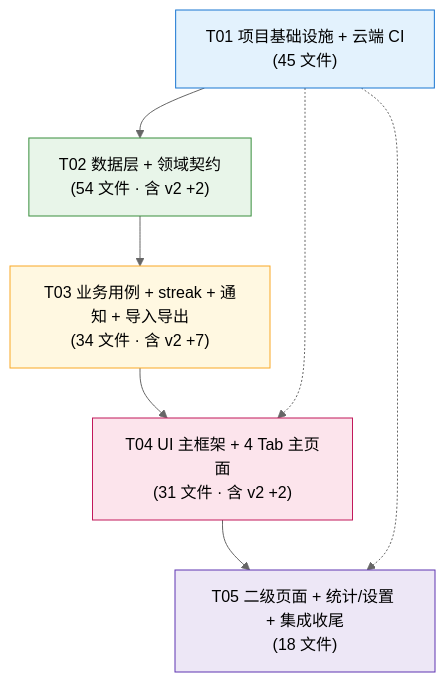
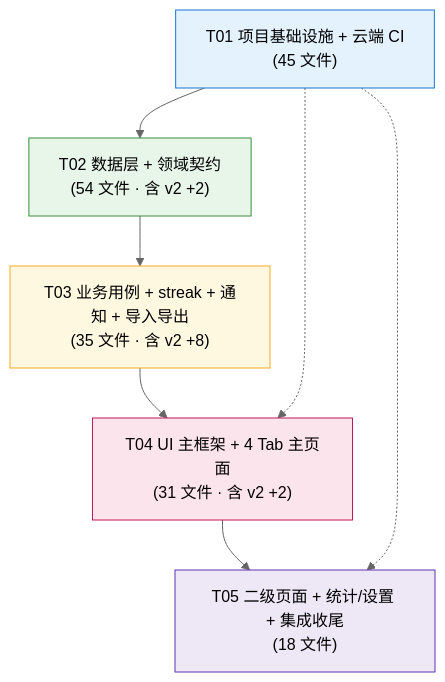
One commit to science-ken/IronHabit changed the sixth of 6 diagrams in docs/ARCHITECTURE.md. Above: the diagram before and after it, drawn with Mermaid (neutral theme). The commit also changed other lines of this file and 2 other files, not shown here.

````diff
--- a/docs/ARCHITECTURE.md
+++ b/docs/ARCHITECTURE.md
@@ -1490,14 +1540,14 @@
 ```mermaid
 graph TD
     T01["T01 项目基础设施 + 云端 CI<br/>(45 文件)"] --> T02["T02 数据层 + 领域契约<br/>(54 文件 · 含 v2 +2)"]
-    T02 --> T03["T03 业务用例 + streak + 通知 + 导入导出<br/>(34 文件 · 含 v2 +7)"]
+    T02 --> T03["T03 业务用例 + streak + 通知 + 导入导出<br/>(35 文件 · 含 v2 +8)"]
     T03 --> T04["T04 UI 主框架 + 4 Tab 主页面<br/>(31 文件 · 含 v2 +2)"]
     T04 --> T05["T05 二级页面 + 统计/设置 + 集成收尾<br/>(18 文件)"]
     T01 -.-> T04
     T01 -.-> T05
     style T01 fill:#e3f2fd,stroke:#1976d2
     style T02 fill:#e8f5e9,stroke:#388e3c
     style T03 fill:#fff8e1,stroke:#f9a825
     style T04 fill:#fce4ec,stroke:#c2185b
     style T05 fill:#ede7f6,stroke:#5e35b1
 ```
````
